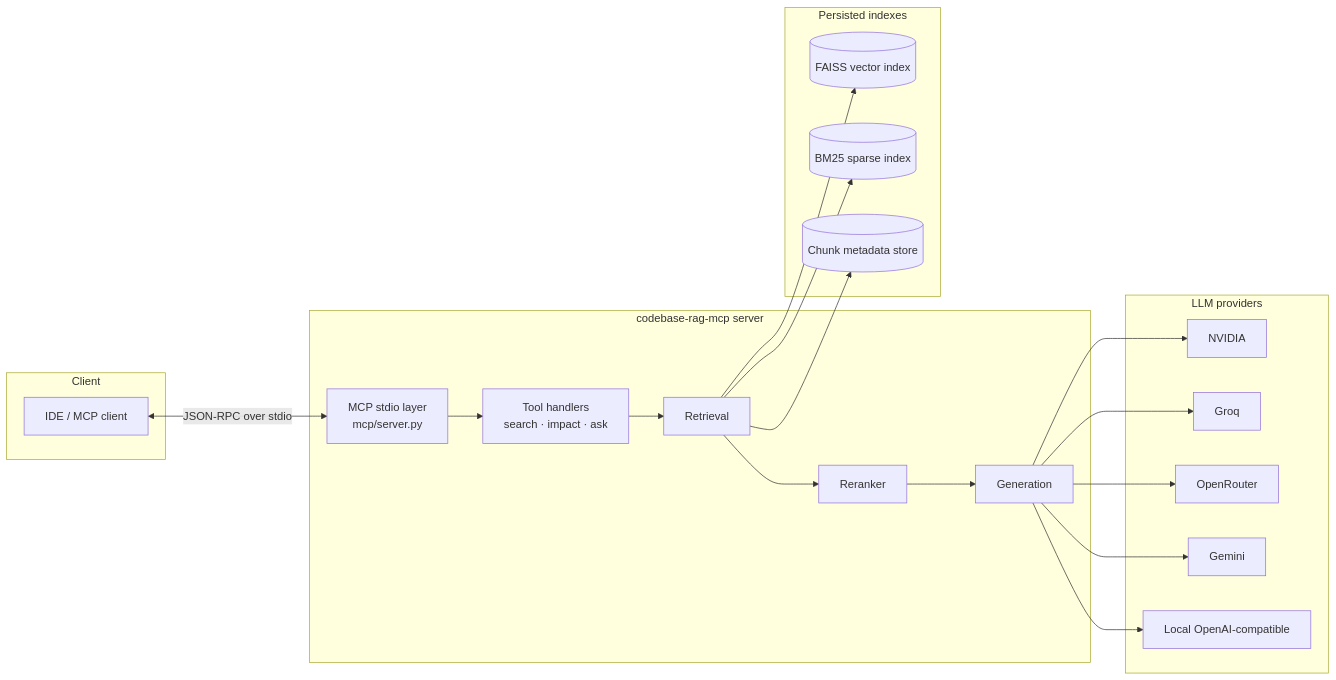
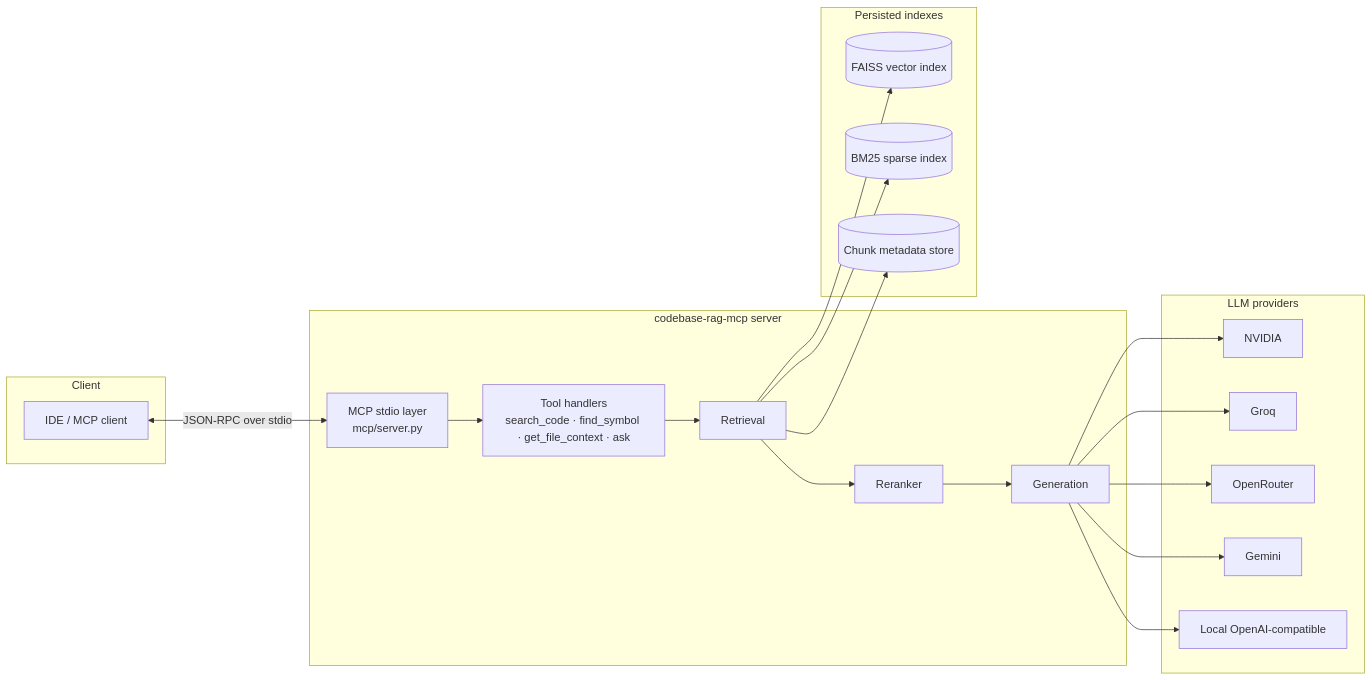
One commit to AyushShanu/CodeBase-MCP-Server changed the first of 5 diagrams in FLOW.md. Above: the diagram before and after it, drawn with Mermaid. The commit also changed other lines of this file and 20 other files, not shown here.

````diff
--- a/FLOW.md
+++ b/FLOW.md
@@ -10,42 +10,42 @@
 ```mermaid
 flowchart LR
     subgraph Client
         IDE[IDE / MCP client]
     end
 
     subgraph Server[codebase-rag-mcp server]
         MCP[MCP stdio layer<br/>mcp/server.py]
-        TOOLS[Tool handlers<br/>search · impact · ask]
+        TOOLS[Tool handlers<br/>search_code · find_symbol · get_file_context · ask]
         RETRIEVAL[Retrieval]
         RERANKER[Reranker]
         GEN[Generation]
     end
 
     subgraph Indexes[Persisted indexes]
         FAISS[(FAISS vector index)]
         BM25[(BM25 sparse index)]
         META[(Chunk metadata store)]
     end
 
     subgraph Providers[LLM providers]
         NVIDIA[NVIDIA]
         GROQ[Groq]
         OR[OpenRouter]
         GEM[Gemini]
         LOCAL[Local OpenAI-compatible]
     end
 
     IDE <-->|JSON-RPC over stdio| MCP
     MCP --> TOOLS
     TOOLS --> RETRIEVAL
     RETRIEVAL --> RERANKER
     RETRIEVAL --> FAISS
     RETRIEVAL --> BM25
     RETRIEVAL --> META
     RERANKER --> GEN
     GEN --> NVIDIA
     GEN --> GROQ
     GEN --> OR
     GEN --> GEM
     GEN --> LOCAL
 ```
````
